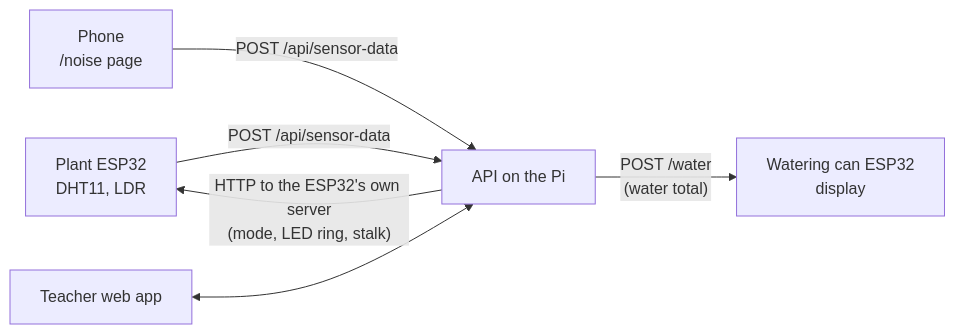
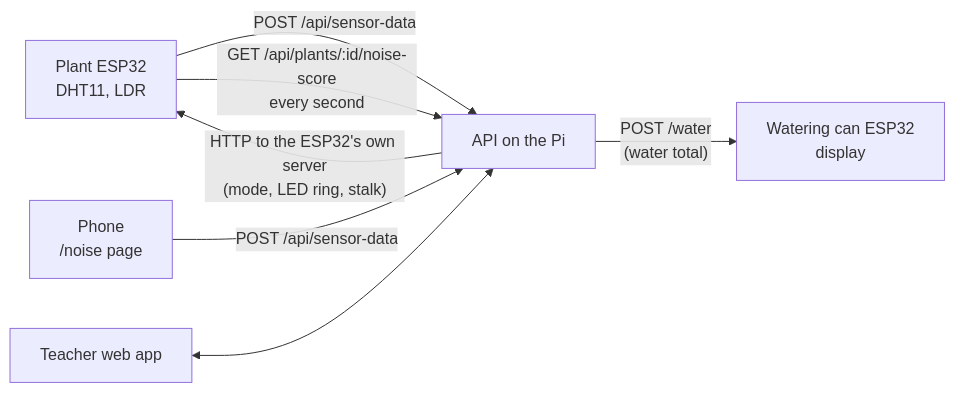
One commit to Freunde-der-Socken/hackathon-fulda-2026 changed the first of 2 diagrams in docs/concept.md. Above: the diagram before and after it, drawn with Mermaid. The commit also changed other lines of this file and 23 other files, not shown here.

````diff
--- a/docs/concept.md
+++ b/docs/concept.md
@@ -25,8 +25,10 @@
 ```mermaid
 flowchart LR
   plant["Plant ESP32<br/>DHT11, LDR"] -- "POST /api/sensor-data" --> api["API on the Pi"]
+  plant -- "GET /api/plants/:id/noise-score<br/>every second" --> api
   phone["Phone<br/>/noise page"] -- "POST /api/sensor-data" --> api
   web["Teacher web app"] <--> api
   api -- "HTTP to the ESP32's own server<br/>(mode, LED ring, stalk)" --> plant
   api -- "POST /water<br/>(water total)" --> can["Watering can ESP32<br/>display"]
+
 ```
````
